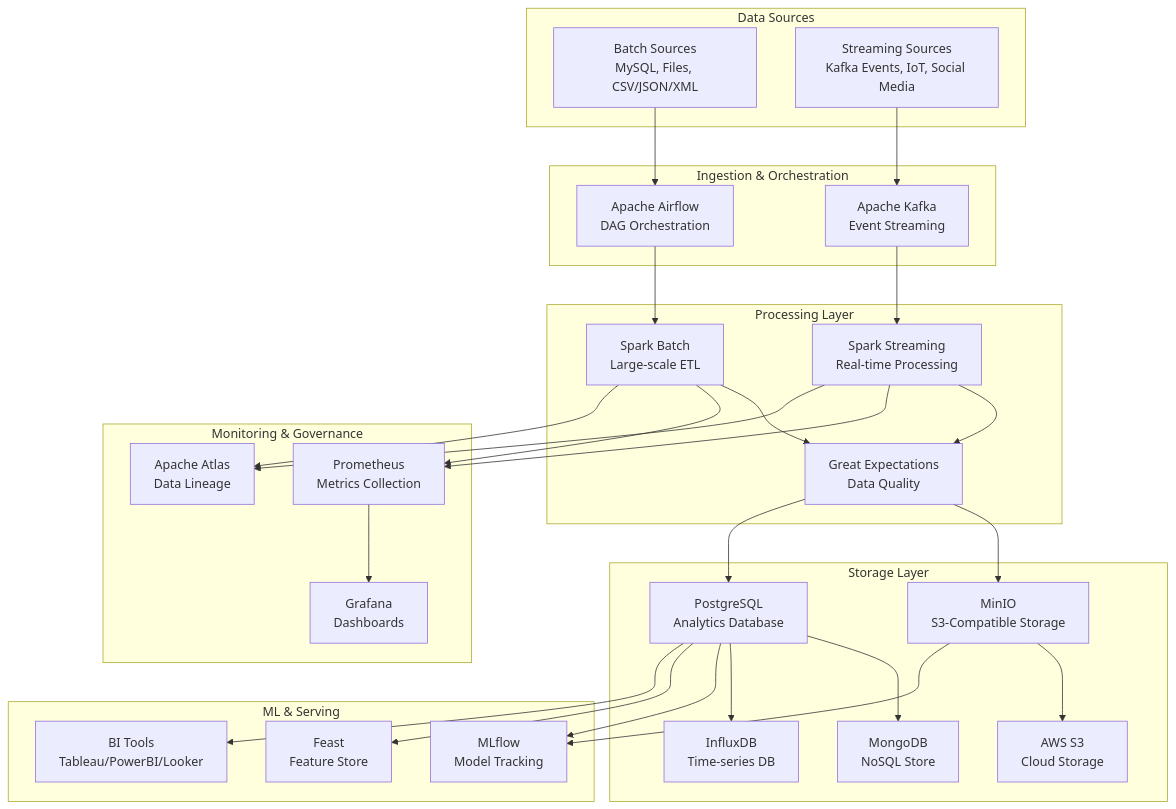
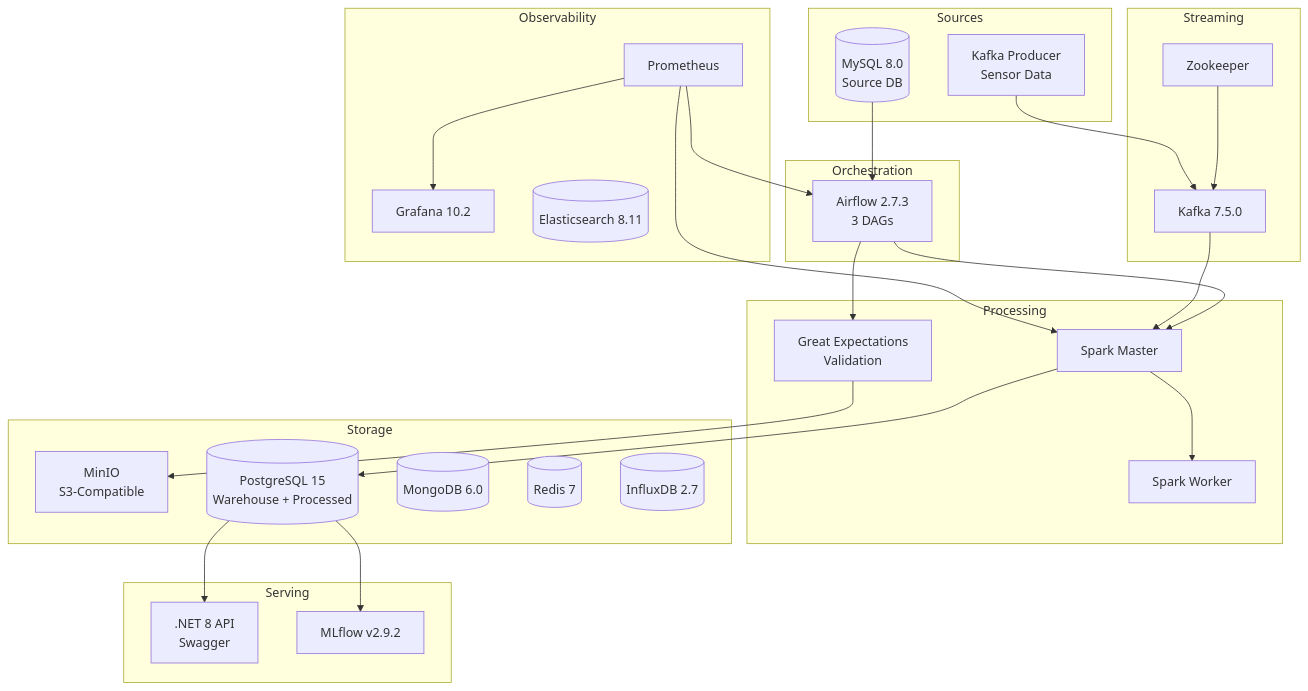
Before and after one commit to sherwin-casem/Sherwin-E2E-Data-Platform: the first of 3 diagrams in README.md, drawn with Mermaid. The commit also changed other lines of this file and 138 other files, not shown here.

````diff
--- a/README.md
+++ b/README.md
@@ -56,59 +55,49 @@
 ```mermaid
 graph TB
-    subgraph "Data Sources"
-        BS[Batch Sources<br/>MySQL, Files, CSV/JSON/XML]
-        SS[Streaming Sources<br/>Kafka Events, IoT, Social Media]
+    subgraph Sources
+        MYSQL[(MySQL 8.0<br/>Source DB)]
+        KP[Kafka Producer<br/>Sensor Data]
     end
 
-    subgraph "Ingestion & Orchestration"
-        AIR[Apache Airflow<br/>DAG Orchestration]
-        KAF[Apache Kafka<br/>Event Streaming]
+    subgraph Orchestration
+        AF[Airflow 2.7.3<br/>3 DAGs]
     end
 
-    subgraph "Processing Layer"
-        SPB[Spark Batch<br/>Large-scale ETL]
-        SPS[Spark Streaming<br/>Real-time Processing]
-        GE[Great Expectations<br/>Data Quality]
+    subgraph Streaming
+        ZK[Zookeeper] --> KAFKA[Kafka 7.5.0]
+        KP --> KAFKA
     end
 
-    subgraph "Storage Layer"
-        MIN[MinIO<br/>S3-Compatible Storage]
-        PG[PostgreSQL<br/>Analytics Database]
-        S3[AWS S3<br/>Cloud Storage]
-        MDB[MongoDB<br/>NoSQL Store]
-        IDB[InfluxDB<br/>Time-series DB]
+    subgraph Processing
+        GE[Great Expectations<br/>Validation]
+        SM[Spark Master] --> SW[Spark Worker]
     end
 
-    subgraph "Monitoring & Governance"
-        PROM[Prometheus<br/>Metrics Collection]
-        GRAF[Grafana<br/>Dashboards]
-        ATL[Apache Atlas<br/>Data Lineage]
+    subgraph Storage
+        MINIO[MinIO<br/>S3-Compatible]
+        PG[(PostgreSQL 15<br/>Warehouse + Processed)]
+        MONGO[(MongoDB 6.0)]
+        REDIS[(Redis 7)]
+        INFLUX[(InfluxDB 2.7)]
     end
 
-    subgraph "ML & Serving"
-        MLF[MLflow<br/>Model Tracking]
-        FST[Feast<br/>Feature Store]
-        BI[BI Tools<br/>Tableau/PowerBI/Looker]
+    subgraph Serving
+        API[.NET 8 API<br/>Swagger]
+        MLFLOW[MLflow v2.9.2]
     end
 
-    BS --> AIR
-    SS --> KAF
-    AIR --> SPB
-    KAF --> SPS
-    SPB --> GE
-    SPS --> GE
-    GE --> MIN
-    GE --> PG
-    MIN --> S3
-    PG --> MDB
-    PG --> IDB
-    SPB --> PROM
-    SPS --> PROM
-    PROM --> GRAF
-    SPB --> ATL
-    SPS --> ATL
-    PG --> MLF
-    PG --> FST
-    PG --> BI
-    MIN --> MLF
+    subgraph Observability
+        PROM[Prometheus] --> GRAF[Grafana 10.2]
+        ES[(Elasticsearch 8.11)]
+    end
+
+    MYSQL --> AF
+    AF --> GE --> MINIO
+    AF --> SM
+    SM --> PG
+    KAFKA --> SM
+    PG --> API
+    PG --> MLFLOW
+    PROM --> AF
+    PROM --> SM
 ```
````
